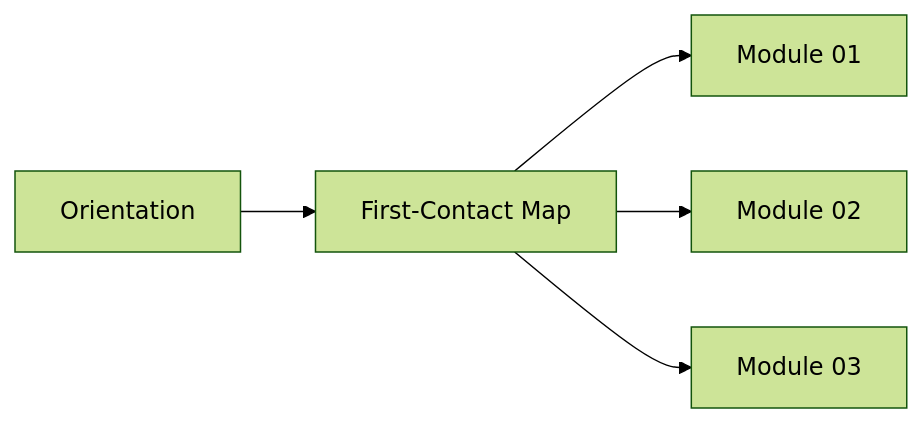
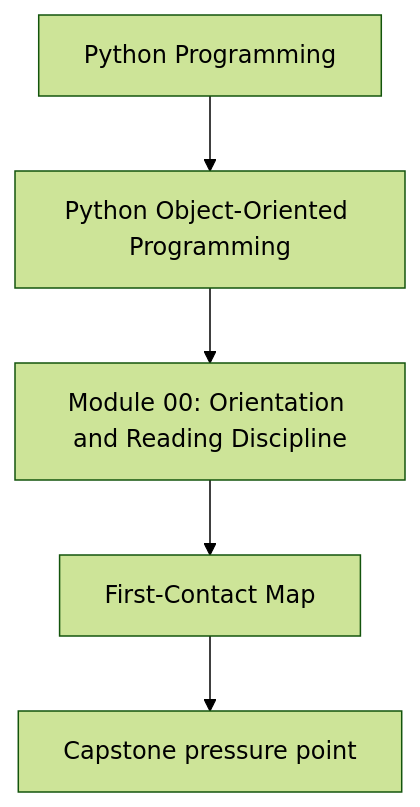
Before and after one commit to bijux/bijux-masterclass: the first of 2 diagrams in programs/python-programming/python-object-oriented-programming/course-book/module-00-orientation/first-contact-map.md, drawn with Mermaid (forest theme). The commit also changed other lines of this file and 107 other files, not shown here.

Commit message:
docs(python-object-oriented-programming): align concept page diagrams

````diff
--- a/programs/python-programming/python-object-oriented-programming/course-book/module-00-orientation/first-contact-map.md
+++ b/programs/python-programming/python-object-oriented-programming/course-book/module-00-orientation/first-contact-map.md
@@ -6,13 +6,7 @@
 ```mermaid
-graph LR
-  orientation["Orientation"]
-  page["First-Contact Map"]
-  m1["Module 01"]
-  m2["Module 02"]
-  m3["Module 03"]
-
-  orientation --> page
-  page --> m1
-  page --> m2
-  page --> m3
+flowchart TD
+  family["Python Programming"] --> program["Python Object-Oriented Programming"]
+  program --> module["Module 00: Orientation and Reading Discipline"]
+  module --> concept["First-Contact Map"]
+  concept --> capstone["Capstone pressure point"]
 ```
````
